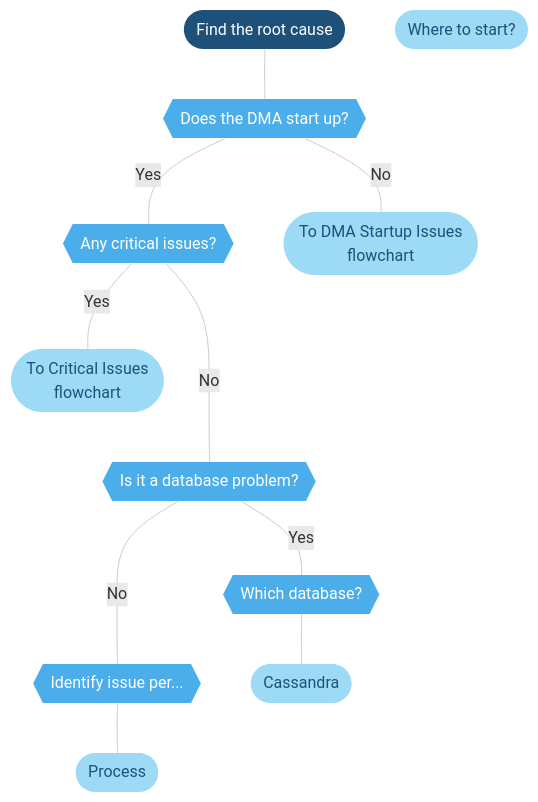
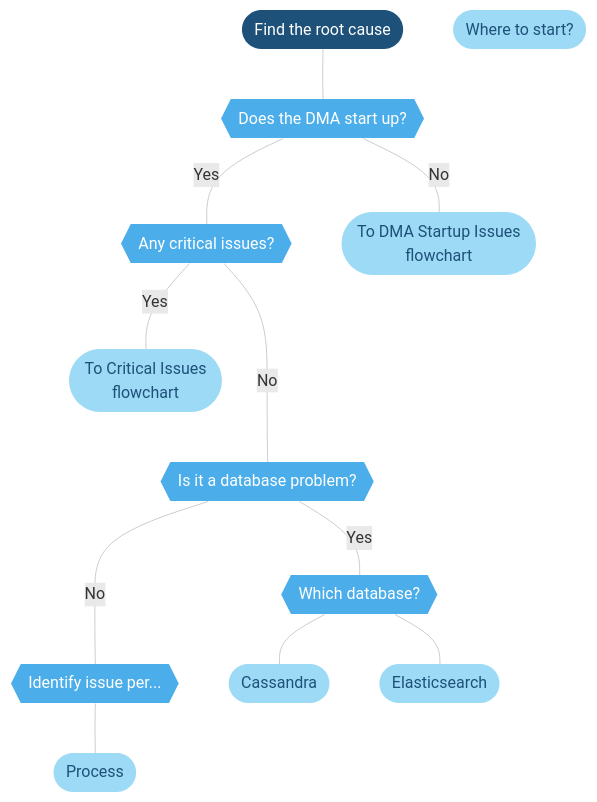
The diagram in user-guide/Troubleshooting/Troubleshooting_Flowcharts/Finding_a_Root_Cause.md (SkylineCommunications/dataminer-docs), drawn with Mermaid before and after one commit. The commit also changed 5 other files, not shown here.

```diff
--- a/user-guide/Troubleshooting/Troubleshooting_Flowcharts/Finding_a_Root_Cause.md
+++ b/user-guide/Troubleshooting/Troubleshooting_Flowcharts/Finding_a_Root_Cause.md
@@ -7,45 +7,47 @@
 <div class="mermaid">
 flowchart TD
     %% Define styles %%
     linkStyle default stroke:#cccccc
     classDef classTerminal fill:#1e5179,stroke:#1e5179,color:#ffffff,stroke-width:0px;
     classDef classDecision fill:#4baeea,stroke:#4baeea,color:#ffffff,stroke-width:0px;
     classDef classExternalRef fill:#9ddaf5,stroke:#9ddaf5,color:#1E5179,stroke-width:0px;
     classDef classActionClickable fill:#999999,stroke:#999999,color:#ffffff,stroke-width:0px;
     classDef classAction fill:#dddddd,stroke:#dddddd,color:#1E5179,stroke-width:0px;
     classDef classSolution fill:#58595b,stroke:#58595b,color:#ffffff,stroke-width:0px;
     %% Define blocks %%
     START([Find the root cause])
     Investigate([Where to start?])
     CheckStartup{{Does the DMA start up?}}
     CHECK1{{Any critical issues? }}
     identify{{Identify issue per... }}
     DatabaseFlowcharts{{Is it a database problem?}}
     WhichDb{{Which database?}}
     DMAStartupIssues([To DMA Startup Issues<br>flowchart])
     critical([To Critical Issues<br>flowchart])
     ProcessFlowcharts([Process])
     Cassandra([Cassandra])
+    Elasticsearch([Elasticsearch])
     %% Connect blocks %%
     START --- CheckStartup
     CheckStartup ---|Yes| CHECK1
     CheckStartup --- |No| DMAStartupIssues
     CHECK1 --- |Yes| critical
     CHECK1 ---- |No| DatabaseFlowcharts
     DatabaseFlowcharts ---|Yes|WhichDb
     DatabaseFlowcharts ----|No|identify
     identify --- ProcessFlowcharts
     WhichDb --- Cassandra
+    WhichDb --- Elasticsearch
     %% Define hyperlinks %%
     click CHECK1 "#examples-of-critical-issues" "examples of critical issues"
     click critical "https://docs.dataminer.services/user-guide/Troubleshooting/Troubleshooting_Flowcharts/Troubleshooting_Critical_Issues/Troubleshooting_Critical_Issues_Overview.html" "To critical issues flowchart"
     click DMAStartupIssues "https://docs.dataminer.services/user-guide/Troubleshooting/Troubleshooting_Flowcharts/Troubleshooting_Startup_Issues.html" "DMA Startup Issues"
     click ProcessFlowcharts "https://docs.dataminer.services/user-guide/Troubleshooting/Troubleshooting_Flowcharts/Troubleshooting_Process_Identification/Troubleshooting_Process_Identification.html" "Process identification"
     click WhichDb "#identifying-the-general-database" "Identify the Database"
     click Cassandra "https://docs.dataminer.services/user-guide/Troubleshooting/Troubleshooting_Flowcharts/Troubleshooting_Cassandra/Troubleshooting_Cassandra.html" "Troubleshooting Cassandra"
     click Investigate "https://docs.dataminer.services/user-guide/Troubleshooting/Troubleshooting_Flowcharts/Troubleshooting_Where_to_Start.html"
     %% Apply styles to blocks %%
     class START classTerminal;
     class WhichDb,DatabaseFlowcharts,CheckStartup,CHECK1,identify classDecision;
-    class Investigate,Cassandra,DMAStartupIssues,critical,ProcessFlowcharts classExternalRef;
+    class Investigate,Cassandra,Elasticsearch,DMAStartupIssues,critical,ProcessFlowcharts classExternalRef;
 </div>
```
